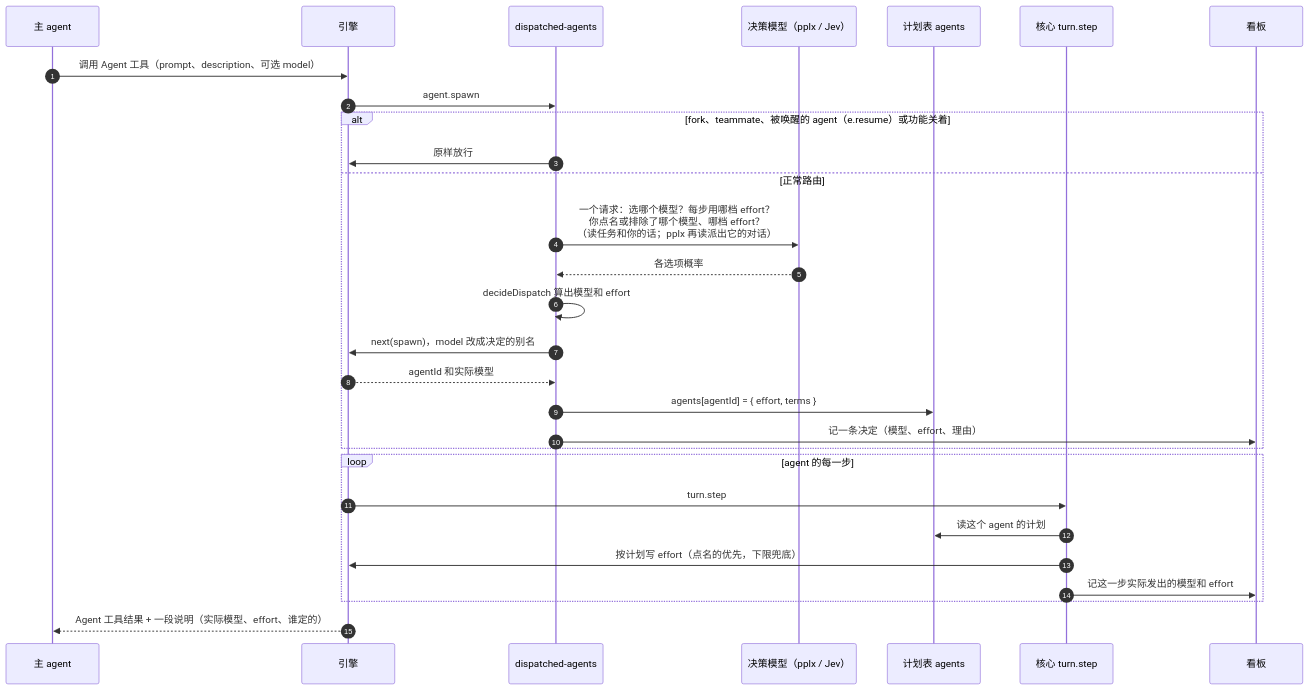
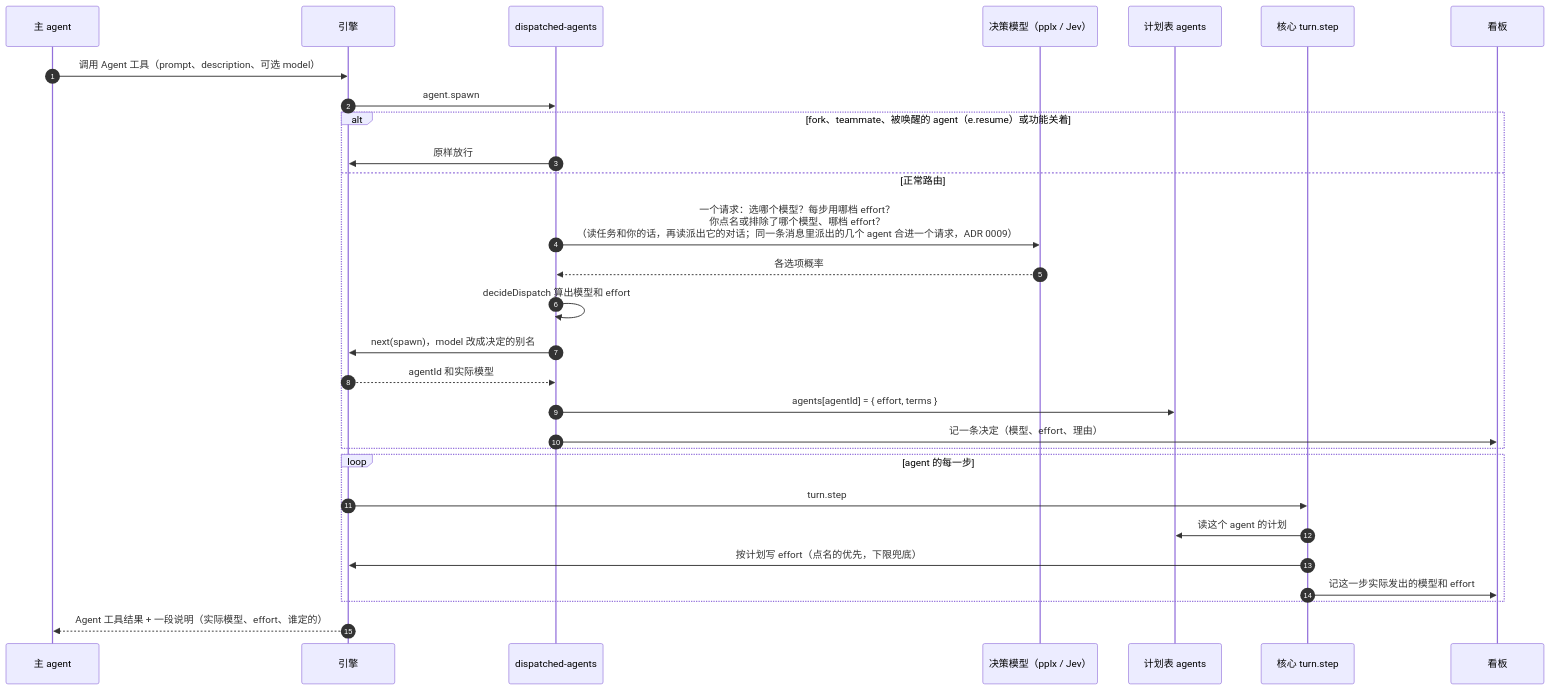
One commit to alexcz-a11y/claude-mods changed the first of 6 diagrams in docs/dispatch-pilot-routing.md. Above: the diagram before and after it, drawn with Mermaid. The commit also changed other lines of this file and 217 other files, not shown here.

````diff
--- a/docs/dispatch-pilot-routing.md
+++ b/docs/dispatch-pilot-routing.md
@@ -21,32 +21,32 @@
 ```mermaid
 sequenceDiagram
     autonumber
     participant M as 主 agent
     participant E as 引擎
     participant D as dispatched-agents
     participant J as 决策模型（pplx / Jev）
     participant P as 计划表 agents
     participant C as 核心 turn.step
     participant B as 看板
 
     M->>E: 调用 Agent 工具（prompt、description、可选 model）
     E->>D: agent.spawn
     alt fork、teammate、被唤醒的 agent（e.resume）或功能关着
         D->>E: 原样放行
     else 正常路由
-        D->>J: 一个请求：选哪个模型？每步用哪档 effort？<br/>你点名或排除了哪个模型、哪档 effort？<br/>（读任务和你的话；pplx 再读派出它的对话）
+        D->>J: 一个请求：选哪个模型？每步用哪档 effort？<br/>你点名或排除了哪个模型、哪档 effort？<br/>（读任务和你的话，再读派出它的对话；同一条消息里派出的几个 agent 合进一个请求，ADR 0009）
         J-->>D: 各选项概率
         D->>D: decideDispatch 算出模型和 effort
         D->>E: next(spawn)，model 改成决定的别名
         E-->>D: agentId 和实际模型
         D->>P: agents[agentId] = { effort, terms }
         D->>B: 记一条决定（模型、effort、理由）
     end
     loop agent 的每一步
         E->>C: turn.step
         C->>P: 读这个 agent 的计划
         C->>E: 按计划写 effort（点名的优先，下限兜底）
         C->>B: 记这一步实际发出的模型和 effort
     end
     E-->>M: Agent 工具结果 + 一段说明（实际模型、effort、谁定的）
 ```
````
